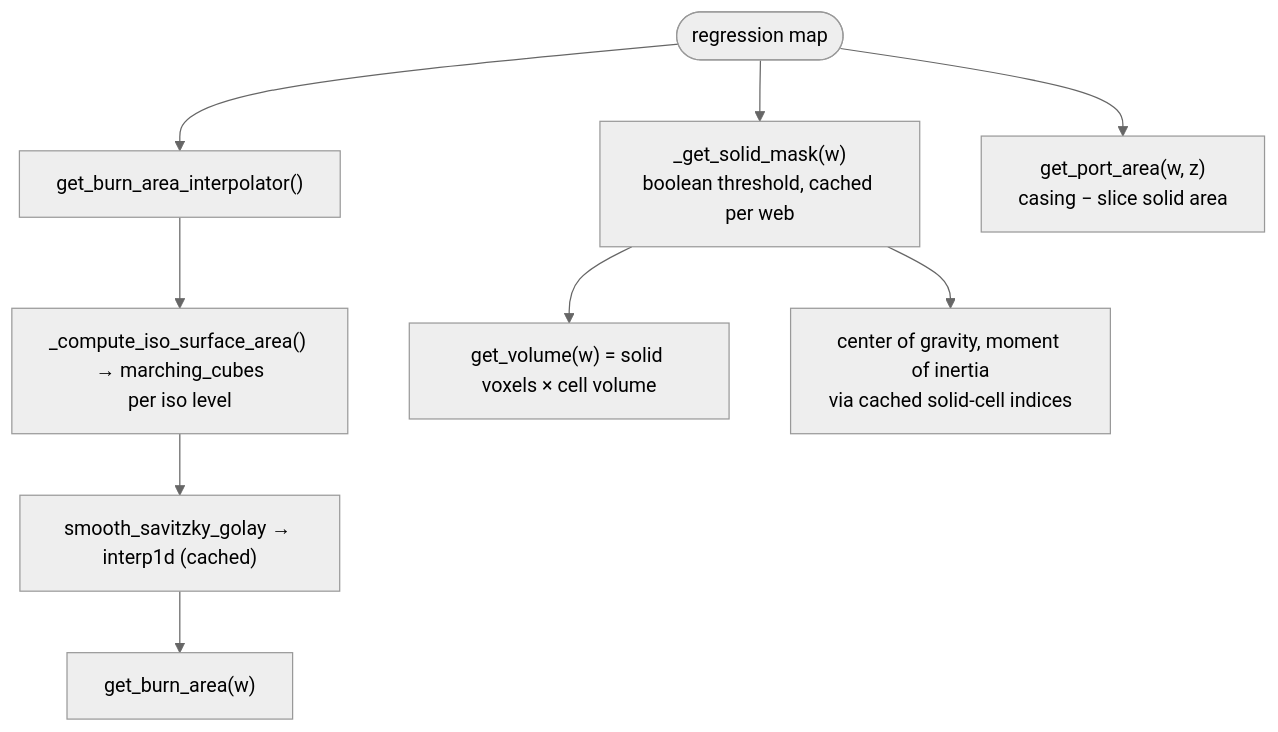
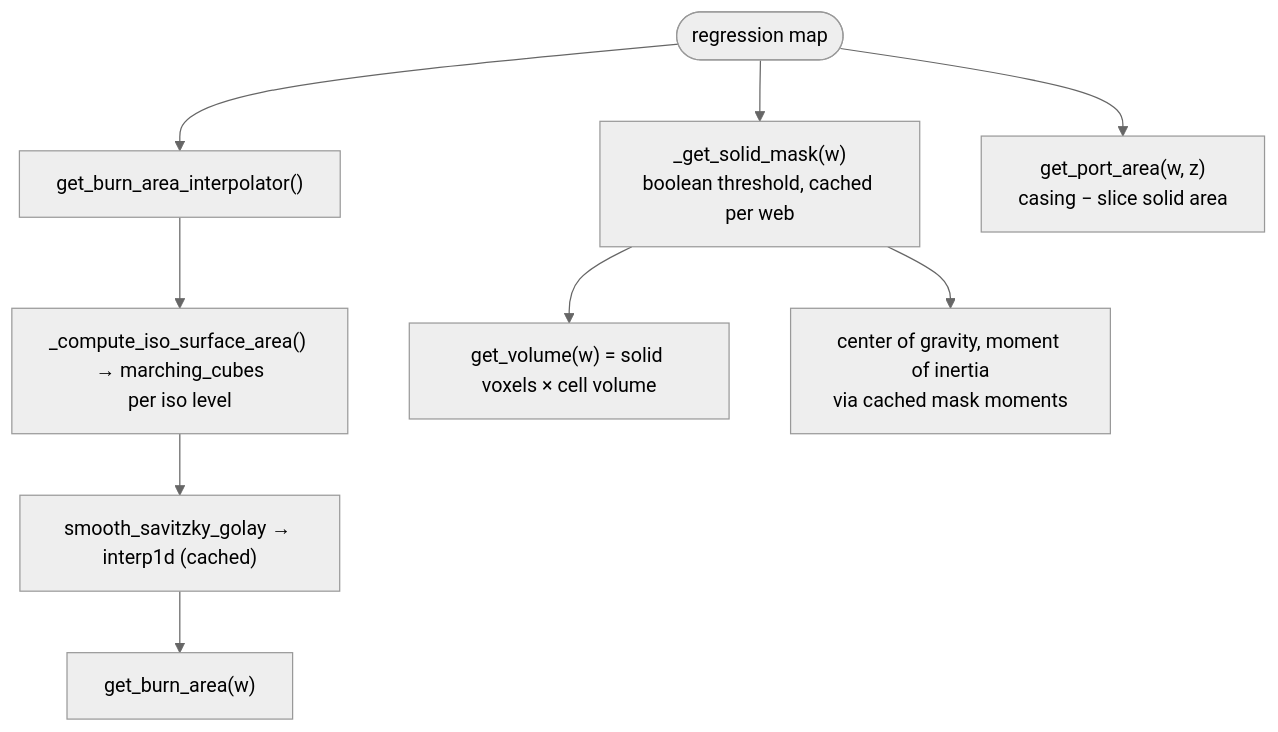
Before and after one commit to felipebogaertsm/machwave: the third of 3 diagrams in docs/theory/grain_regression.md, drawn with Mermaid (neutral theme). The commit also changed other lines of this file and 3 other files, not shown here.

````diff
--- a/docs/theory/grain_regression.md
+++ b/docs/theory/grain_regression.md
@@ -235,11 +235,11 @@
 ```mermaid
 flowchart TB
     R(["regression map"]) --> BA["get_burn_area_interpolator()"]
     BA --> MC["_compute_iso_surface_area() → marching_cubes<br/>per iso level"]
     MC --> SG["smooth_savitzky_golay → interp1d (cached)"]
     SG --> BR["get_burn_area(w)"]
     R --> SM["_get_solid_mask(w)<br/>boolean threshold, cached per web"]
     SM --> VO["get_volume(w) = solid voxels × cell volume"]
-    SM --> MP["center of gravity, moment of inertia<br/>via cached solid-cell indices"]
+    SM --> MP["center of gravity, moment of inertia<br/>via cached mask moments"]
     R --> PA["get_port_area(w, z)<br/>casing − slice solid area"]
 ```
````
